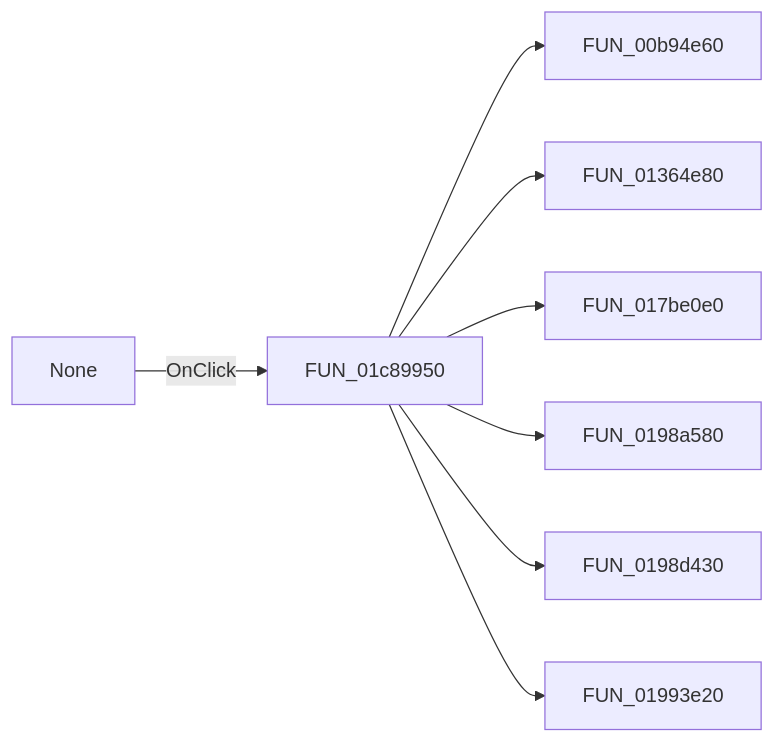
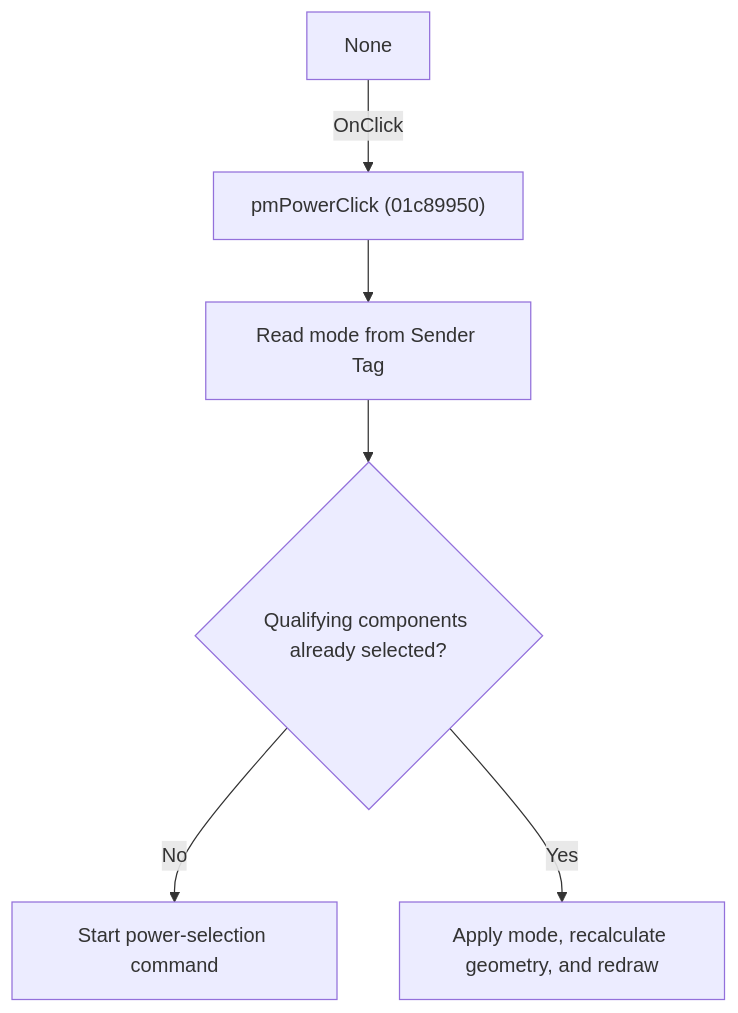
The diagram in docs/ui-controls/schematiceditor/pmpwrnone-ee5acbdc0d.md (MovGP0/TIARA), drawn with Mermaid before and after one commit. The commit also changed other lines of this file and 1062 other files, not shown here.

````diff
--- a/docs/ui-controls/schematiceditor/pmpwrnone-ee5acbdc0d.md
+++ b/docs/ui-controls/schematiceditor/pmpwrnone-ee5acbdc0d.md
@@ -27,10 +27,8 @@
 ```mermaid
-flowchart LR
-    control["None"] -->|OnClick| handler["FUN_01c89950"]
-    handler --> call1["FUN_00b94e60"]
-    handler --> call2["FUN_01364e80"]
-    handler --> call3["FUN_017be0e0"]
-    handler --> call4["FUN_0198a580"]
-    handler --> call5["FUN_0198d430"]
-    handler --> call6["FUN_01993e20"]
+flowchart TD
+    control["None"] -->|"OnClick"| handler["pmPowerClick (01c89950)"]
+    handler --> tag["Read mode from Sender Tag"]
+    tag --> selection{"Qualifying components already selected?"}
+    selection -->|"No"| tool["Start power-selection command"]
+    selection -->|"Yes"| apply["Apply mode, recalculate geometry, and redraw"]
 ```
````
